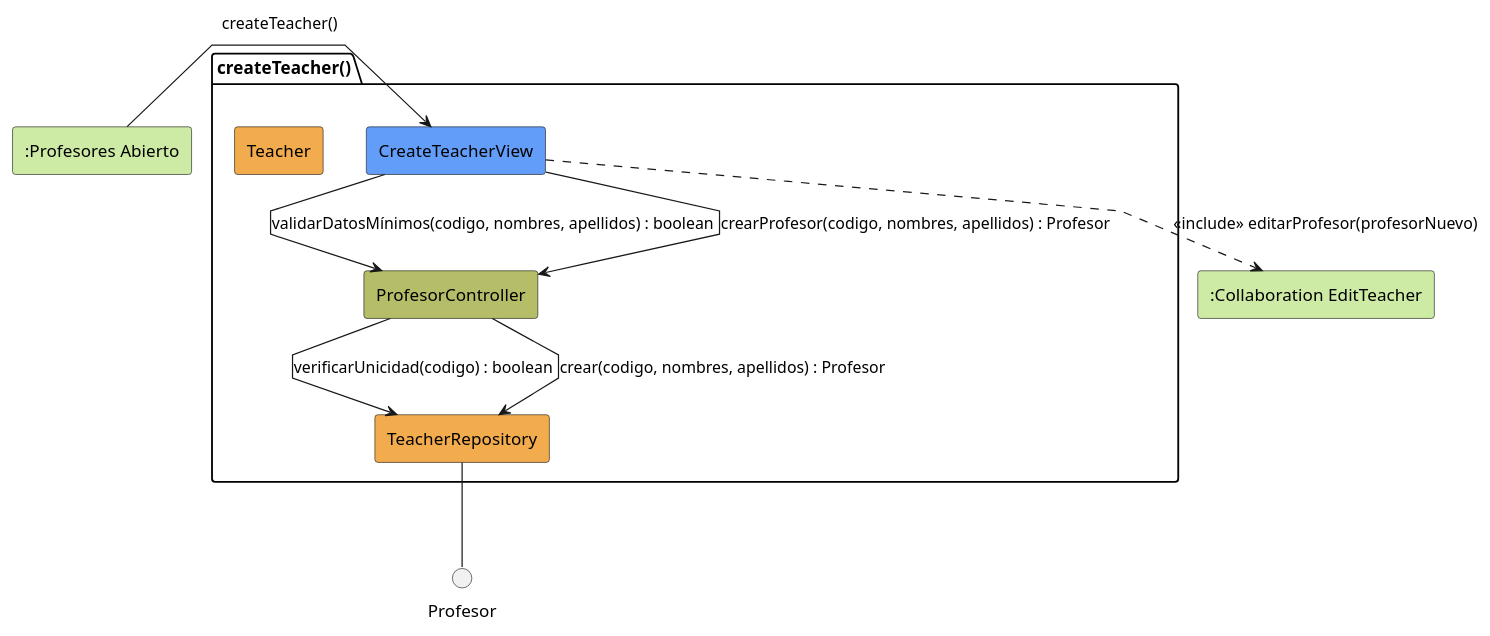
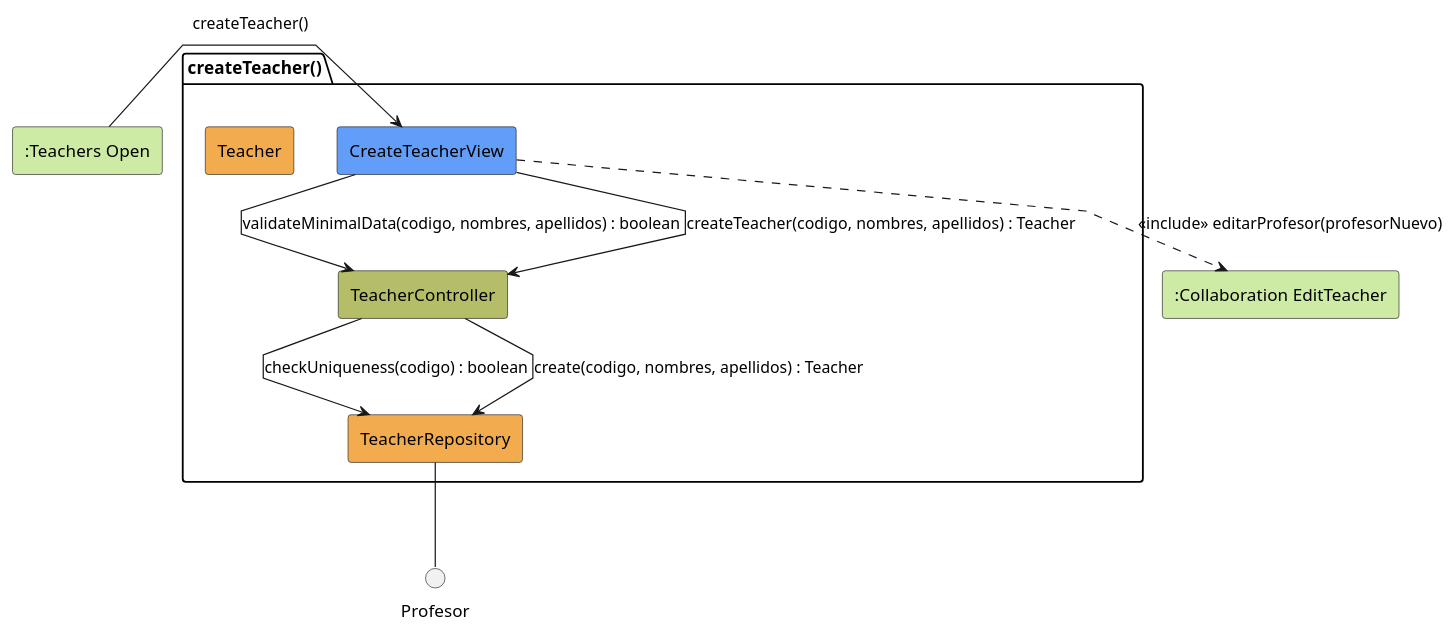
One commit to mmasias/pySigHor changed the diagram in RUP/01-analisis/casos-uso/crearProfesor/colaboracion.puml. Above: the diagram before and after it, drawn with PlantUML. The commit also changed 34 other files, not shown here.

```diff
--- a/RUP/01-analisis/casos-uso/crearProfesor/colaboracion.puml
+++ b/RUP/01-analisis/casos-uso/crearProfesor/colaboracion.puml
@@ -1,28 +1,28 @@
 @startuml createTeacher-analysis
 skinparam linetype polyline
 
-rectangle #CDEBA5 ":Profesores Abierto" as ProfesoresAbierto
+rectangle #CDEBA5 ":Teachers Open" as TeachersOpen
 rectangle #CDEBA5 ":Collaboration EditTeacher" as EditTeacher
 
 package createTeacher as "createTeacher()" {
     rectangle #629EF9 CreateTeacherView
-    rectangle #b5bd68 ProfesorController
+    rectangle #b5bd68 TeacherController
     rectangle #F2AC4E TeacherRepository
     rectangle #F2AC4E Teacher
 }
 
-ProfesoresAbierto -r-> CreateTeacherView: createTeacher()
+TeachersOpen -r-> CreateTeacherView: createTeacher()
 
-CreateTeacherView -d-> ProfesorController: validarDatosMínimos(codigo, nombres, apellidos) : boolean
+CreateTeacherView -d-> TeacherController: validateMinimalData(codigo, nombres, apellidos) : boolean
 
-ProfesorController --> TeacherRepository: verificarUnicidad(codigo) : boolean
+TeacherController --> TeacherRepository: checkUniqueness(codigo) : boolean
 
-CreateTeacherView --> ProfesorController: crearProfesor(codigo, nombres, apellidos) : Profesor
+CreateTeacherView --> TeacherController: createTeacher(codigo, nombres, apellidos) : Teacher
 
-ProfesorController --> TeacherRepository: crear(codigo, nombres, apellidos) : Profesor
+TeacherController --> TeacherRepository: create(codigo, nombres, apellidos) : Teacher
 
 TeacherRepository -- Profesor
 
 CreateTeacherView ..> EditTeacher: <<include>> editarProfesor(profesorNuevo)
 
 @enduml
```
